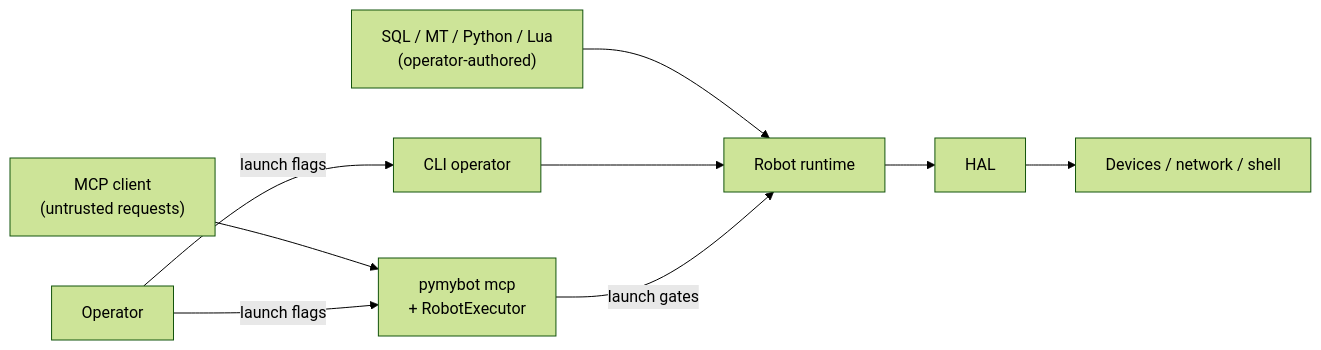
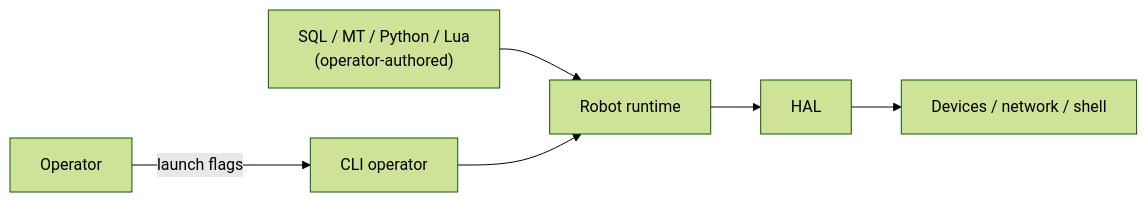
One commit to gopsc/mybot changed the diagram in references/security.md. Above: the diagram before and after it, drawn with Mermaid (forest theme). The commit also changed other lines of this file and 16 other files, not shown here.

First line of the commit message:
refactor: remove MCP server and keep the shared controller runtime

````diff
--- a/references/security.md
+++ b/references/security.md
@@ -18,11 +18,8 @@
 ```mermaid
 flowchart LR
     SCRIPT["SQL / MT / Python / Lua<br/>(operator-authored)"] --> RUNTIME["Robot runtime"]
     CLI["CLI operator"] --> RUNTIME
-    MCP["MCP client<br/>(untrusted requests)"] --> SERVER["pymybot mcp<br/>+ RobotExecutor"]
-    SERVER -->|"launch gates"| RUNTIME
     RUNTIME --> HAL
     HAL --> DEV[Devices / network / shell]
     OPERATOR["Operator"] -->|"launch flags"| CLI
-    OPERATOR -->|"launch flags"| SERVER
 ```
````
